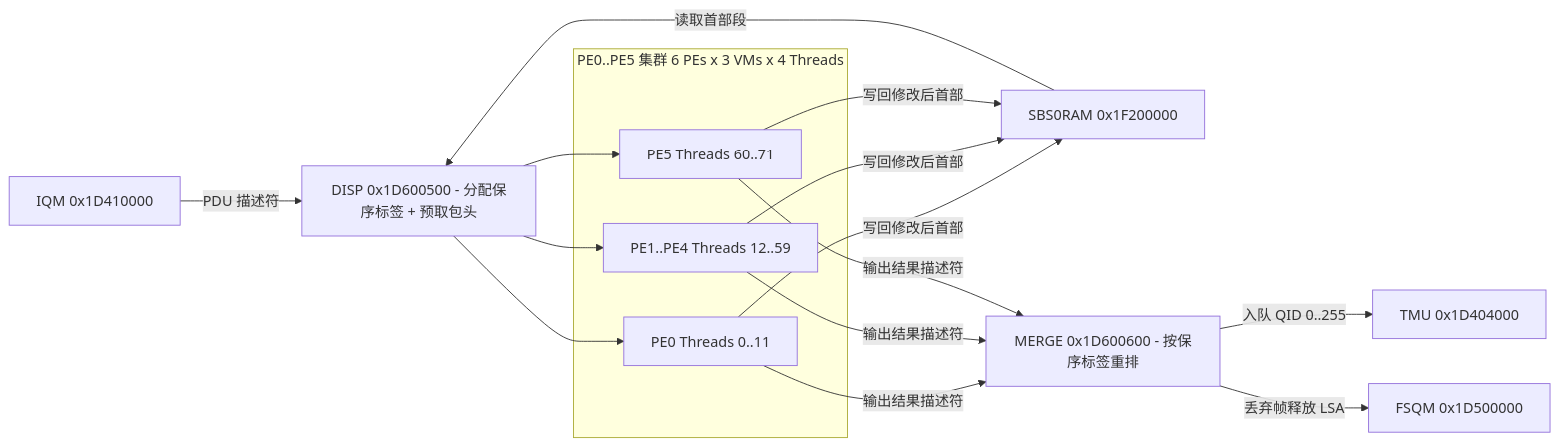
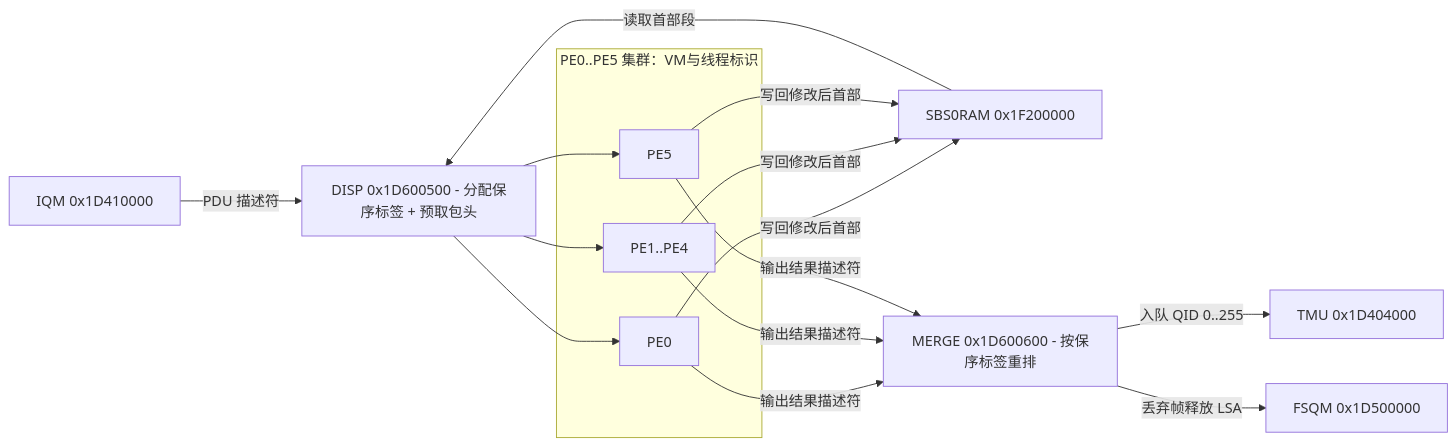
One commit to difanz/lantiq-falcon-s-docs changed the diagram in 06_functional_blocks/05_disp_and_merge.md. Above: the diagram before and after it, drawn with Mermaid. The commit also changed other lines of this file and 52 other files, not shown here.

````diff
--- a/06_functional_blocks/05_disp_and_merge.md
+++ b/06_functional_blocks/05_disp_and_merge.md
@@ -14,23 +14,23 @@
 ```mermaid
 flowchart LR
     IQM["IQM 0x1D410000"] -->|PDU 描述符| DISP["DISP 0x1D600500 - 分配保序标签 + 预取包头"]
     SSB0["SBS0RAM 0x1F200000"] -->|读取首部段| DISP
 
-    subgraph Cluster["PE0..PE5 集群 6 PEs x 3 VMs x 4 Threads"]
-        PE0["PE0 Threads 0..11"]
-        PE1["PE1..PE4 Threads 12..59"]
-        PE5["PE5 Threads 60..71"]
+    subgraph Cluster["PE0..PE5 集群：VM与线程标识"]
+        PE0["PE0"]
+        PE1["PE1..PE4"]
+        PE5["PE5"]
     end
 
     DISP --> PE0
     DISP --> PE1
     DISP --> PE5
     PE0 -->|写回修改后首部| SSB0
     PE1 -->|写回修改后首部| SSB0
     PE5 -->|写回修改后首部| SSB0
     PE0 -->|输出结果描述符| MERGE["MERGE 0x1D600600 - 按保序标签重排"]
     PE1 -->|输出结果描述符| MERGE["MERGE 0x1D600600 - 按保序标签重排"]
     PE5 -->|输出结果描述符| MERGE["MERGE 0x1D600600 - 按保序标签重排"]
     MERGE -->|入队 QID 0..255| TMU["TMU 0x1D404000"]
     MERGE -->|丢弃帧释放 LSA| FSQM["FSQM 0x1D500000"]
 ```
````
